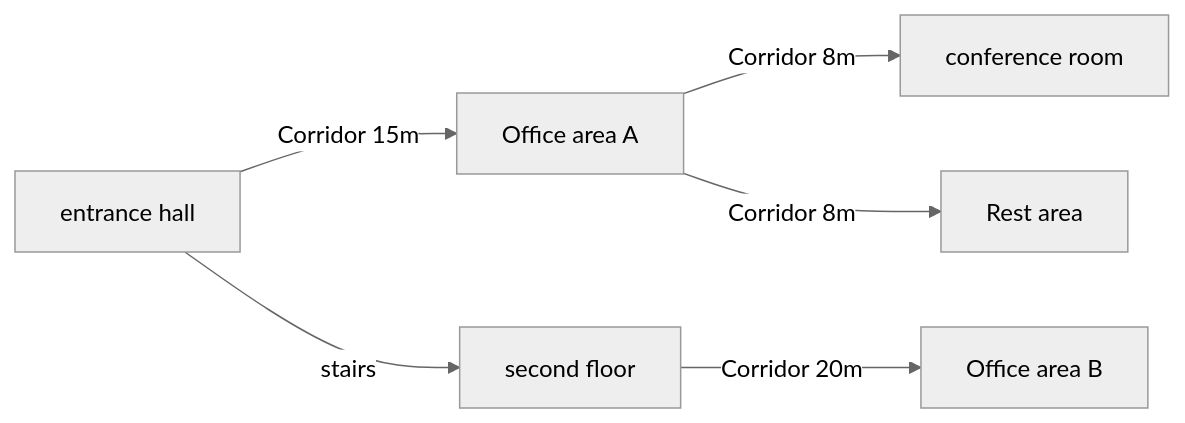
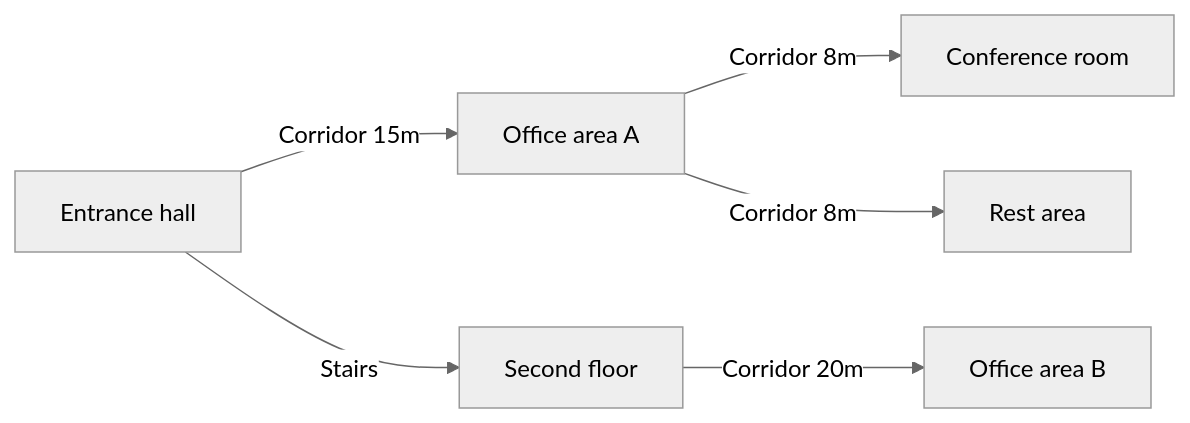
The fifth of 18 diagrams in _translations/en/research/Robot-Navigation-Survey.md (TingdeLiu/tingdeliu.github.io), drawn with Mermaid (neutral theme) before and after one commit. The commit also changed other lines of this file and 51 other files, not shown here.

````diff
--- a/_translations/en/research/Robot-Navigation-Survey.md
+++ b/_translations/en/research/Robot-Navigation-Survey.md
@@ -579,8 +579,8 @@
 ```mermaid
 graph LR
-    A["entrance hall"] -->|"Corridor 15m"| B["Office area A"]
-    A -->|"stairs"| C["second floor"]
-    B -->|"Corridor 8m"| D["conference room"]
+    A["Entrance hall"] -->|"Corridor 15m"| B["Office area A"]
+    A -->|"Stairs"| C["Second floor"]
+    B -->|"Corridor 8m"| D["Conference room"]
     B -->|"Corridor 8m"| E["Rest area"]
     C -->|"Corridor 20m"| F["Office area B"]
 ```
````
